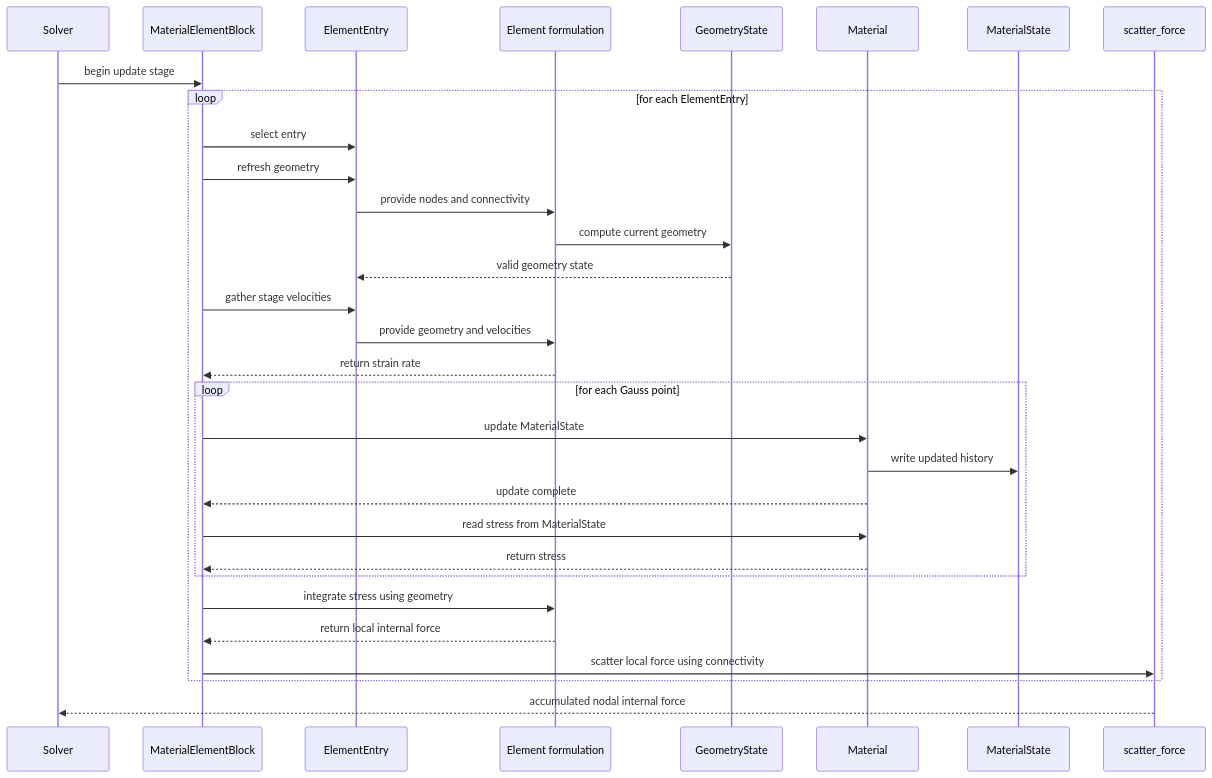
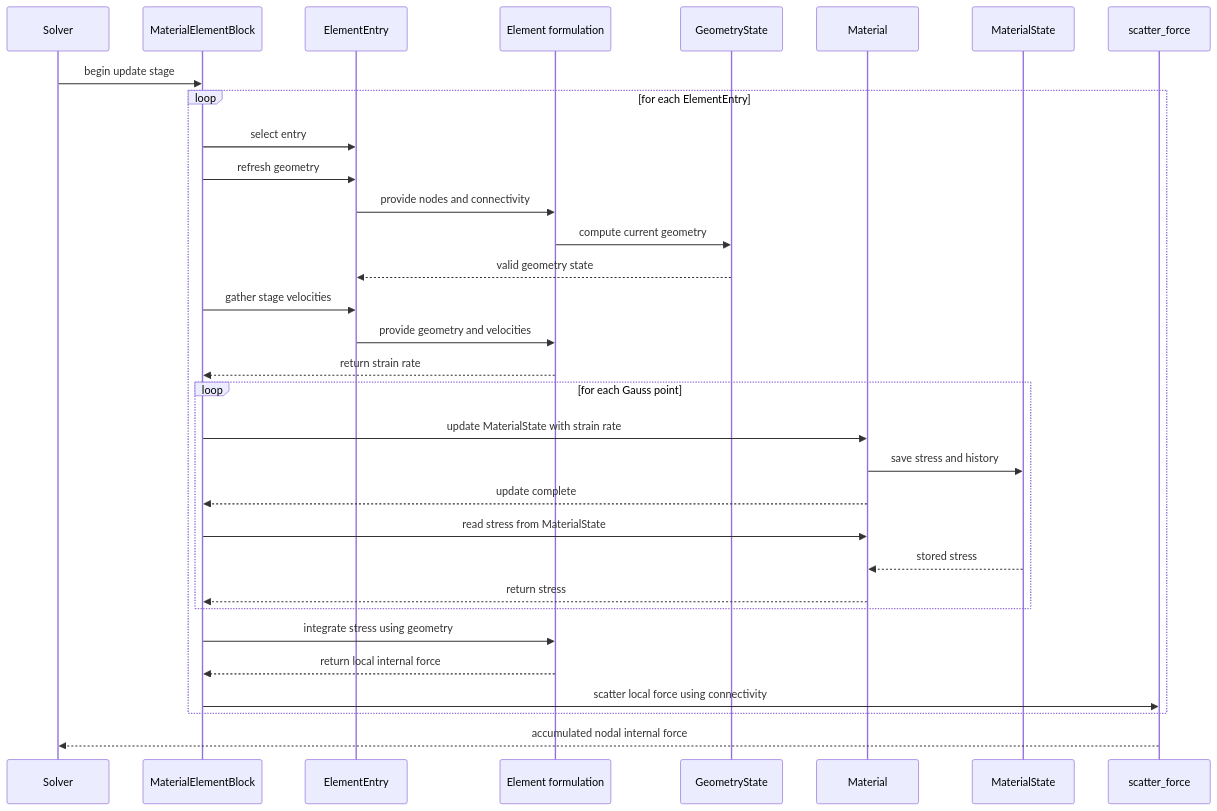
Before and after one commit to NikBomb/WaveCore: the fifth of 6 diagrams in architecture.md, drawn with Mermaid.

Commit message:
Update material state role

````diff
--- a/architecture.md
+++ b/architecture.md
@@ -268,34 +268,35 @@
 ```mermaid
 sequenceDiagram
     participant Solver
     participant Block as MaterialElementBlock
     participant Entry as ElementEntry
     participant Element as Element formulation
     participant Geometry as GeometryState
     participant Material
     participant State as MaterialState
     participant Scatter as scatter_force
 
     Solver->>Block: begin update stage
     loop for each ElementEntry
         Block->>Entry: select entry
         Block->>Entry: refresh geometry
         Entry->>Element: provide nodes and connectivity
         Element->>Geometry: compute current geometry
         Geometry-->>Entry: valid geometry state
         Block->>Entry: gather stage velocities
         Entry->>Element: provide geometry and velocities
         Element-->>Block: return strain rate
         loop for each Gauss point
-            Block->>Material: update MaterialState
-            Material->>State: write updated history
+            Block->>Material: update MaterialState with strain rate
+            Material->>State: save stress and history
             Material-->>Block: update complete
             Block->>Material: read stress from MaterialState
+            State-->>Material: stored stress
             Material-->>Block: return stress
         end
         Block->>Element: integrate stress using geometry
         Element-->>Block: return local internal force
         Block->>Scatter: scatter local force using connectivity
     end
     Scatter-->>Solver: accumulated nodal internal force
 ```
````
